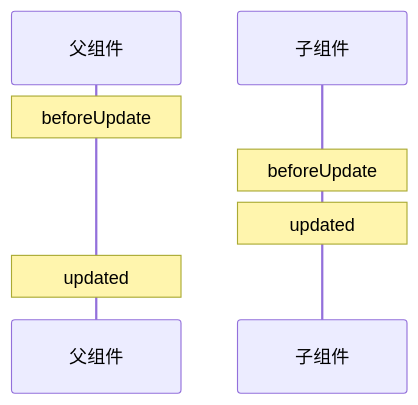
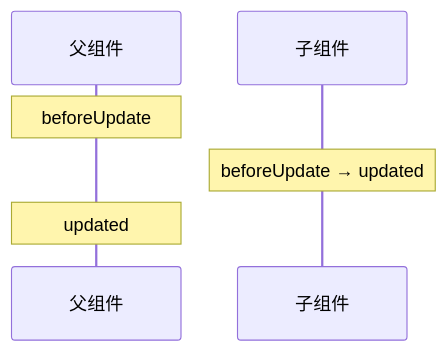
One commit to KMaybe01/common changed diagram 20 of 38 in 00-基础常识/04-Vue-详解版.md. Above: the diagram before and after it, drawn with Mermaid. The commit also changed other lines of this file and 10 other files, not shown here.

````diff
--- a/00-基础常识/04-Vue-详解版.md
+++ b/00-基础常识/04-Vue-详解版.md
@@ -866,10 +1019,9 @@
 ```mermaid
 sequenceDiagram
     participant Parent as 父组件
     participant Child as 子组件
 
     Note over Parent: beforeUpdate
-    Note over Child: beforeUpdate
-    Note over Child: updated
+    Note over Child: beforeUpdate → updated
     Note over Parent: updated
 ```
````
